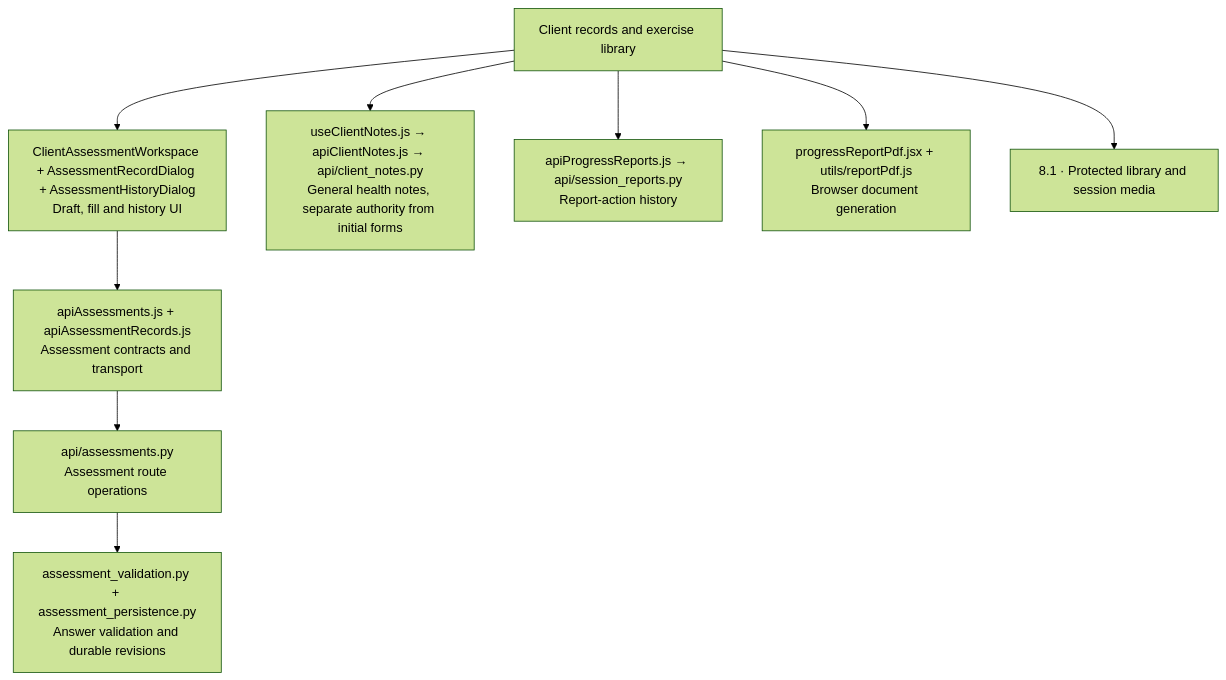
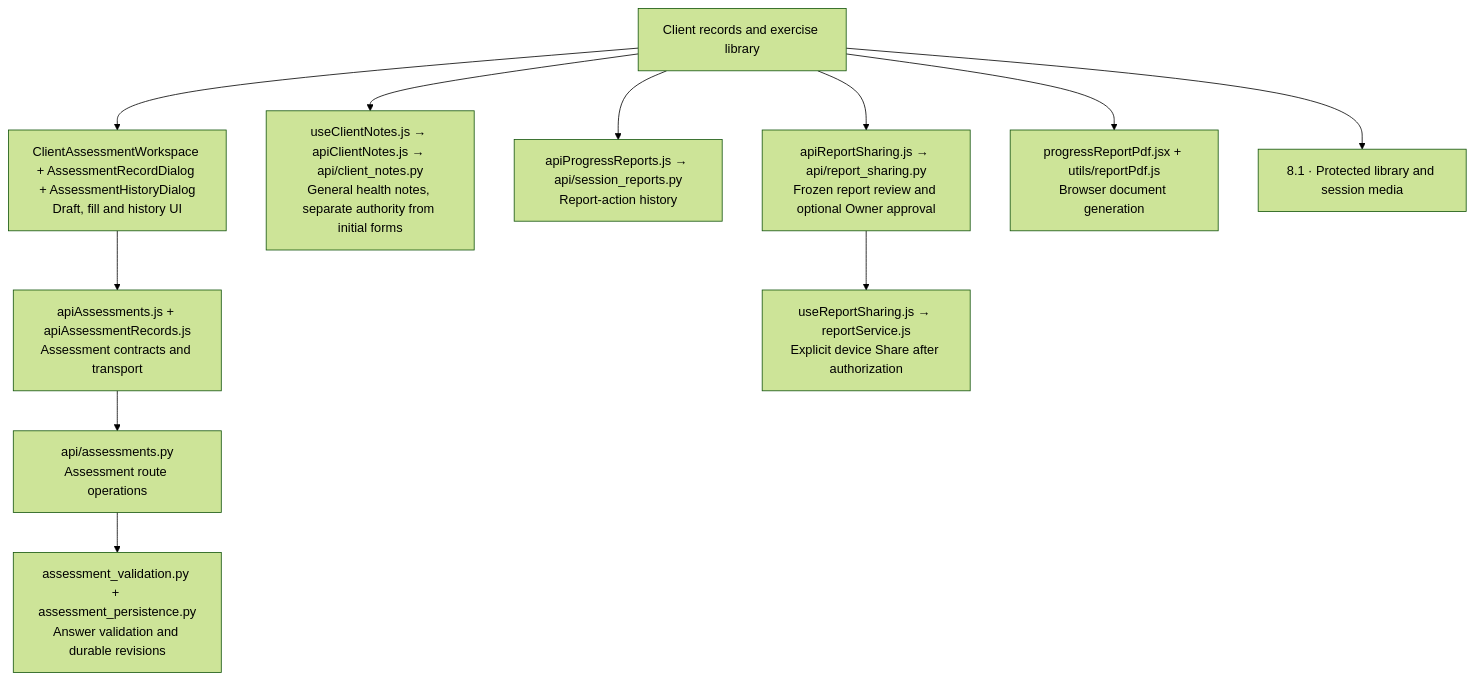
One commit to LimYouSheng/FitfinityReact changed diagram 16 of 21 in docs/code-owners/index.md. Above: the diagram before and after it, drawn with Mermaid (forest theme). The commit also changed other lines of this file and 219 other files, not shown here.

````diff
--- a/docs/code-owners/index.md
+++ b/docs/code-owners/index.md
@@ -276,12 +281,14 @@
 ```mermaid
 flowchart TB
 Records["Client records and exercise library"]
   Records --> Assess["ClientAssessmentWorkspace + AssessmentRecordDialog + AssessmentHistoryDialog<br/>Draft, fill and history UI"]
   Assess --> API["apiAssessments.js + apiAssessmentRecords.js<br/>Assessment contracts and transport"]
   API --> Server["api/assessments.py<br/>Assessment route operations"]
   Server --> Rules["assessment_validation.py + assessment_persistence.py<br/>Answer validation and durable revisions"]
   Records --> Notes["useClientNotes.js → apiClientNotes.js → api/client_notes.py<br/>General health notes, separate authority from initial forms"]
   Records --> Reports["apiProgressReports.js → api/session_reports.py<br/>Report-action history"]
+  Records --> Share["apiReportSharing.js → api/report_sharing.py<br/>Frozen report review and optional Owner approval"]
+  Share --> Device["useReportSharing.js → reportService.js<br/>Explicit device Share after authorization"]
   Records --> Render["progressReportPdf.jsx + utils/reportPdf.js<br/>Browser document generation"]
   Records --> Media["8.1 · Protected library and session media"]
 ```
````
